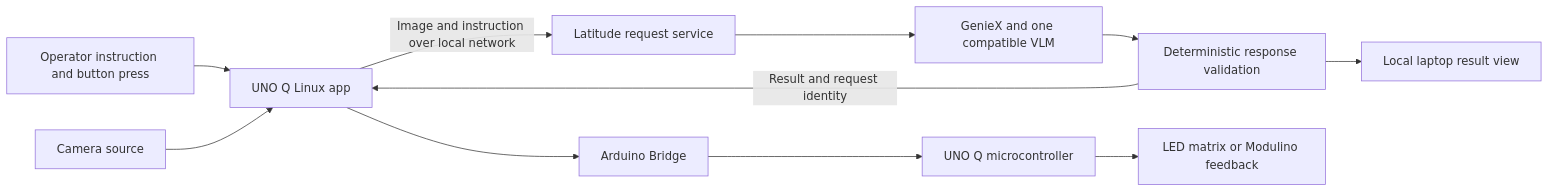
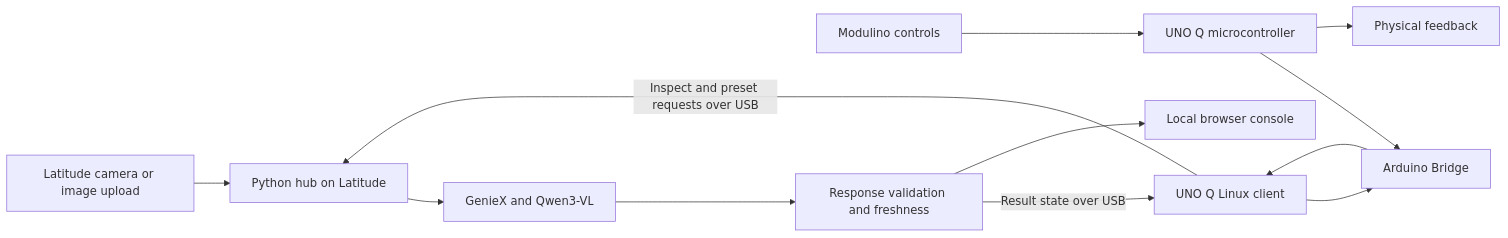
One commit to aaxxeell09/Ai-infra-summit changed the diagram in docs/architecture.md. Above: the diagram before and after it, drawn with Mermaid. The commit also changed other lines of this file and 21 other files, not shown here.

Commit message:
Build local inspection hub, camera console and UNO Q client

````diff
--- a/docs/architecture.md
+++ b/docs/architecture.md
@@ -7,13 +7,14 @@
 ```mermaid
 flowchart LR
-    Operator[Operator instruction and button press] --> Board[UNO Q Linux app]
-    Camera[Camera source] --> Board
-    Board -->|Image and instruction over local network| PC[Latitude request service]
-    PC --> GenieX[GenieX and one compatible VLM]
-    GenieX --> Validate[Deterministic response validation]
-    Validate -->|Result and request identity| Board
-    Board --> Bridge[Arduino Bridge]
-    Bridge --> MCU[UNO Q microcontroller]
-    MCU --> Output[LED matrix or Modulino feedback]
-    Validate --> View[Local laptop result view]
+    Camera[Latitude camera or image upload] --> PC[Python hub on Latitude]
+    Buttons[Modulino controls] --> MCU[UNO Q microcontroller]
+    MCU --> Bridge[Arduino Bridge]
+    Bridge --> Board[UNO Q Linux client]
+    Board -->|Inspect and preset requests over USB| PC
+    PC --> GenieX[GenieX and Qwen3-VL]
+    GenieX --> Validate[Response validation and freshness]
+    Validate -->|Result state over USB| Board
+    Board --> Bridge
+    MCU --> Output[Physical feedback]
+    Validate --> View[Local browser console]
 ```
````
